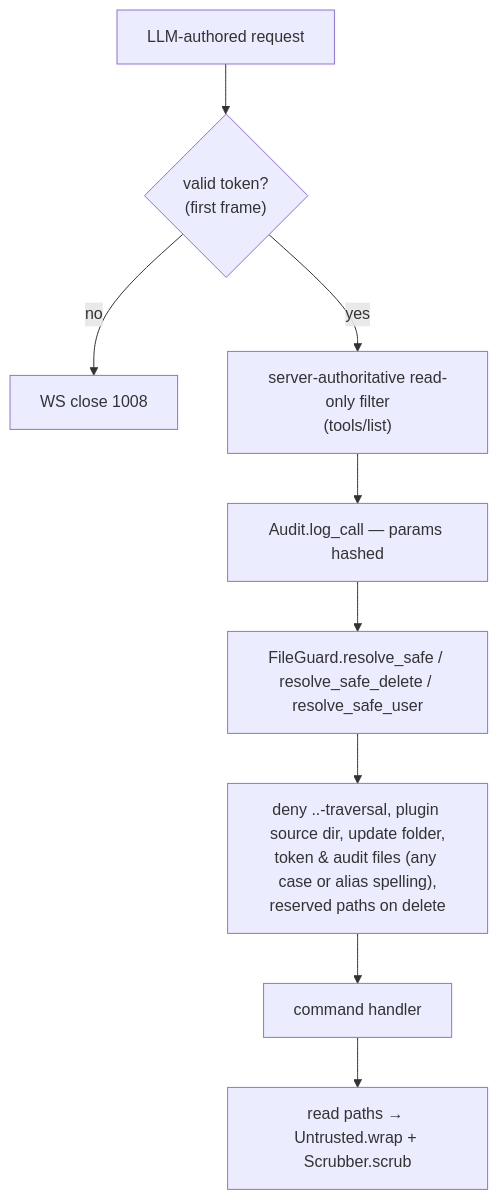
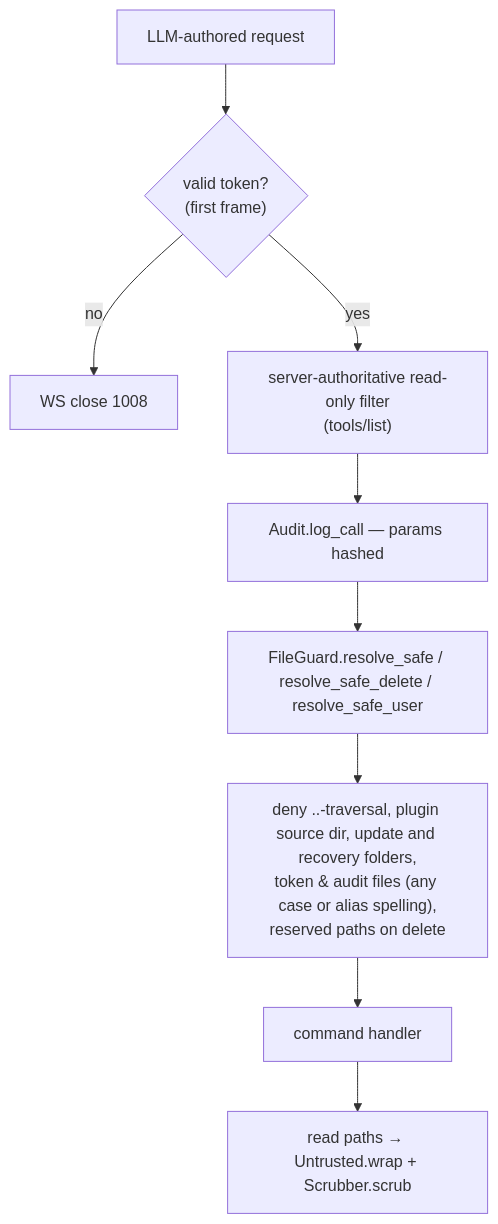
Before and after one commit to NPGameDev/godot-mcp-toolkit: diagram 13 of 13 in docs/architecture/README.md, drawn with Mermaid. The commit also changed other lines of this file and 1 other file, not shown here.

First line of the commit message:
docs(architecture): re-attest the recovery plugin's sections

````diff
--- a/docs/architecture/README.md
+++ b/docs/architecture/README.md
@@ -752,11 +770,11 @@
 ```mermaid
 flowchart TD
     llm["LLM-authored request"] --> token{"valid token?<br/>(first frame)"}
     token -->|no| close["WS close 1008"]
     token -->|yes| filter["server-authoritative read-only filter<br/>(tools/list)"]
     filter --> audit["Audit.log_call — params hashed"]
     audit --> guard["FileGuard.resolve_safe / resolve_safe_delete / resolve_safe_user"]
-    guard --> deny["deny ..-traversal, plugin source dir, update folder,<br/>token & audit files (any case or alias spelling),<br/>reserved paths on delete"]
+    guard --> deny["deny ..-traversal, plugin source dir, update and recovery folders,<br/>token & audit files (any case or alias spelling),<br/>reserved paths on delete"]
     deny --> handler["command handler"]
     handler --> wrap["read paths → Untrusted.wrap + Scrubber.scrub"]
 ```
````
